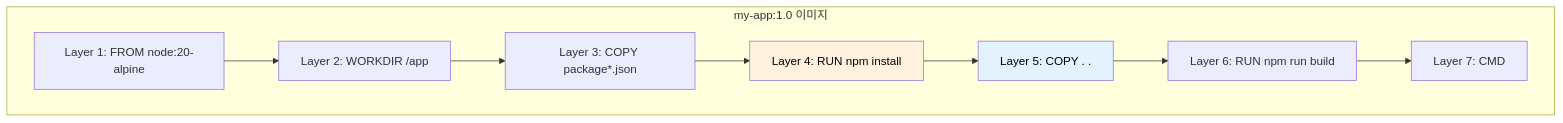
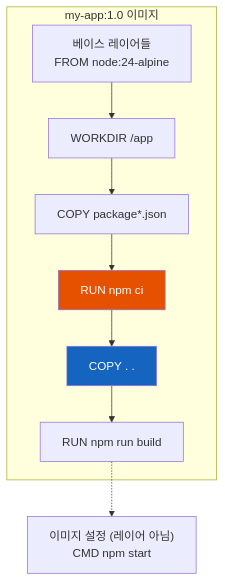
The second of 6 diagrams in docker/Dockerfile과-docker-compose의-차이.md (sskim91/TIL), drawn with Mermaid before and after one commit. The commit also changed other lines of this file and 2 other files, not shown here.

````diff
--- a/docker/Dockerfile과-docker-compose의-차이.md
+++ b/docker/Dockerfile과-docker-compose의-차이.md
@@ -168,17 +170,19 @@
 ```mermaid
 flowchart TB
     subgraph Image["my-app:1.0 이미지"]
-        L1["Layer 1: FROM node:20-alpine"]
-        L2["Layer 2: WORKDIR /app"]
-        L3["Layer 3: COPY package*.json"]
-        L4["Layer 4: RUN npm install"]
-        L5["Layer 5: COPY . ."]
-        L6["Layer 6: RUN npm run build"]
-        L7["Layer 7: CMD"]
+        L1["베이스 레이어들<br>FROM node:24-alpine"]
+        L2["WORKDIR /app"]
+        L3["COPY package*.json"]
+        L4["RUN npm ci"]
+        L5["COPY . ."]
+        L6["RUN npm run build"]
     end
 
-    L1 --> L2 --> L3 --> L4 --> L5 --> L6 --> L7
+    Meta["이미지 설정 (레이어 아님)<br>CMD npm start"]
 
-    style L4 fill:#FFF3E0,color:#000
-    style L5 fill:#E3F2FD,color:#000
+    L1 --> L2 --> L3 --> L4 --> L5 --> L6
+    L6 -.-> Meta
+
+    style L4 fill:#E65100,color:#fff
+    style L5 fill:#1565C0,color:#fff
 ```
````
